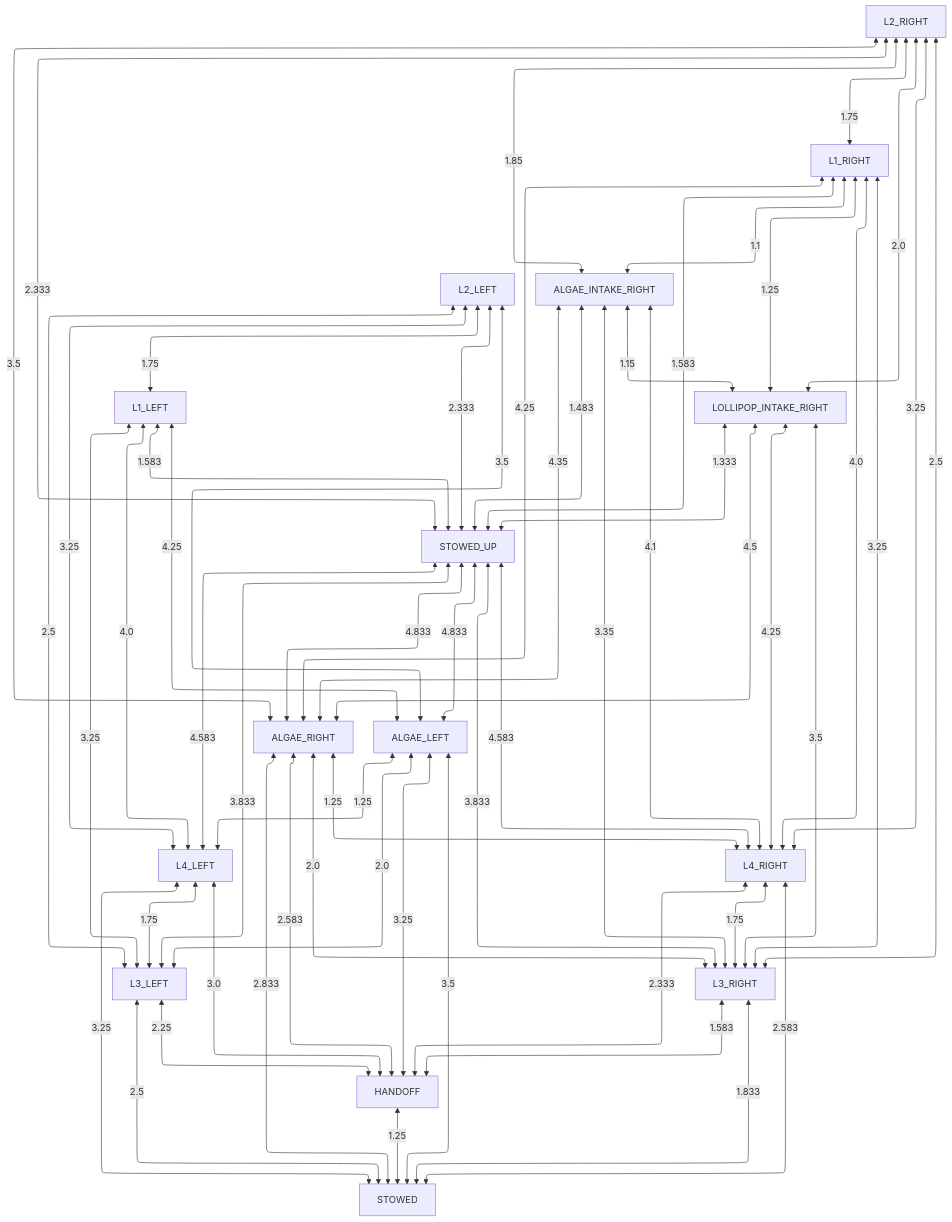
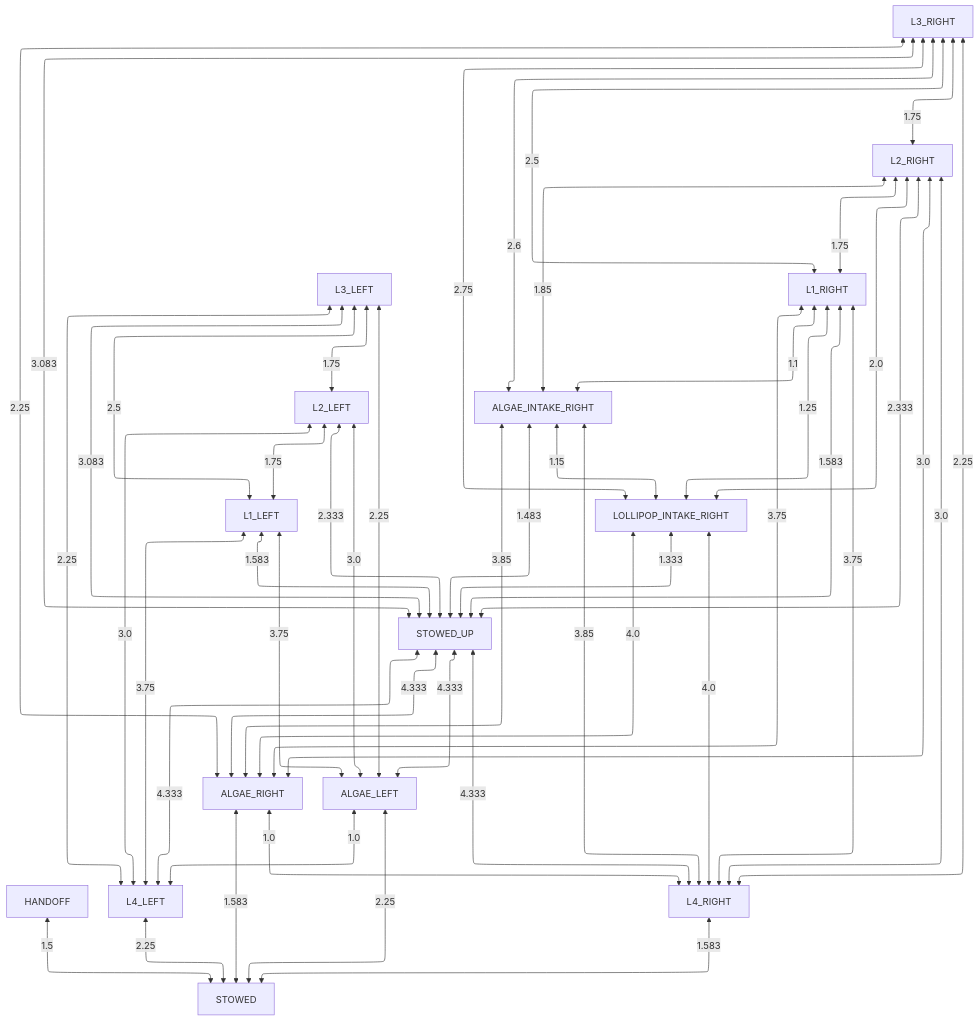
Before and after one commit to team581/offseason-2025-comp: the diagram in docs/collision_avoidance/no_obstruction.md, drawn with Mermaid. The commit also changed 2 other files, not shown here.

Commit message:
update collision graphs

````diff
--- a/docs/collision_avoidance/no_obstruction.md
+++ b/docs/collision_avoidance/no_obstruction.md
@@ -3,61 +3,53 @@
 ```mermaid
 %%{ init: { "flowchart": { "defaultRenderer": "elk" } } }%%
 graph TD
 
-HANDOFF <-- 1.25 --> STOWED
-L3_LEFT <-- 2.5 --> STOWED
-L3_RIGHT <-- 1.833 --> STOWED
-L4_LEFT <-- 3.25 --> STOWED
-L4_RIGHT <-- 2.583 --> STOWED
-ALGAE_RIGHT <-- 2.833 --> STOWED
-ALGAE_LEFT <-- 3.5 --> STOWED
-L3_LEFT <-- 2.25 --> HANDOFF
-L3_RIGHT <-- 1.583 --> HANDOFF
-L4_LEFT <-- 3.0 --> HANDOFF
-L4_RIGHT <-- 2.333 --> HANDOFF
-ALGAE_LEFT <-- 3.25 --> HANDOFF
-ALGAE_RIGHT <-- 2.583 --> HANDOFF
-STOWED_UP <-- 3.833 --> L3_LEFT
-L1_LEFT <-- 3.25 --> L3_LEFT
-L2_LEFT <-- 2.5 --> L3_LEFT
-L4_LEFT <-- 1.75 --> L3_LEFT
-ALGAE_LEFT <-- 2.0 --> L3_LEFT
-STOWED_UP <-- 3.833 --> L3_RIGHT
-ALGAE_INTAKE_RIGHT <-- 3.35 --> L3_RIGHT
-LOLLIPOP_INTAKE_RIGHT <-- 3.5 --> L3_RIGHT
-L1_RIGHT <-- 3.25 --> L3_RIGHT
-L2_RIGHT <-- 2.5 --> L3_RIGHT
-L4_RIGHT <-- 1.75 --> L3_RIGHT
-ALGAE_RIGHT <-- 2.0 --> L3_RIGHT
-STOWED_UP <-- 4.583 --> L4_LEFT
-L1_LEFT <-- 4.0 --> L4_LEFT
-L2_LEFT <-- 3.25 --> L4_LEFT
-ALGAE_LEFT <-- 1.25 --> L4_LEFT
-STOWED_UP <-- 4.583 --> L4_RIGHT
-ALGAE_INTAKE_RIGHT <-- 4.1 --> L4_RIGHT
-LOLLIPOP_INTAKE_RIGHT <-- 4.25 --> L4_RIGHT
-L1_RIGHT <-- 4.0 --> L4_RIGHT
-L2_RIGHT <-- 3.25 --> L4_RIGHT
-ALGAE_RIGHT <-- 1.25 --> L4_RIGHT
-STOWED_UP <-- 4.833 --> ALGAE_RIGHT
-ALGAE_INTAKE_RIGHT <-- 4.35 --> ALGAE_RIGHT
-LOLLIPOP_INTAKE_RIGHT <-- 4.5 --> ALGAE_RIGHT
-L1_RIGHT <-- 4.25 --> ALGAE_RIGHT
-L2_RIGHT <-- 3.5 --> ALGAE_RIGHT
-STOWED_UP <-- 4.833 --> ALGAE_LEFT
-L1_LEFT <-- 4.25 --> ALGAE_LEFT
-L2_LEFT <-- 3.5 --> ALGAE_LEFT
+HANDOFF <-- 1.5 --> STOWED
+L4_LEFT <-- 2.25 --> STOWED
+L4_RIGHT <-- 1.583 --> STOWED
+ALGAE_RIGHT <-- 1.583 --> STOWED
+ALGAE_LEFT <-- 2.25 --> STOWED
+STOWED_UP <-- 4.333 --> L4_LEFT
+L1_LEFT <-- 3.75 --> L4_LEFT
+L2_LEFT <-- 3.0 --> L4_LEFT
+L3_LEFT <-- 2.25 --> L4_LEFT
+ALGAE_LEFT <-- 1.0 --> L4_LEFT
+STOWED_UP <-- 4.333 --> L4_RIGHT
+ALGAE_INTAKE_RIGHT <-- 3.85 --> L4_RIGHT
+LOLLIPOP_INTAKE_RIGHT <-- 4.0 --> L4_RIGHT
+L1_RIGHT <-- 3.75 --> L4_RIGHT
+L2_RIGHT <-- 3.0 --> L4_RIGHT
+L3_RIGHT <-- 2.25 --> L4_RIGHT
+ALGAE_RIGHT <-- 1.0 --> L4_RIGHT
+STOWED_UP <-- 4.333 --> ALGAE_RIGHT
+ALGAE_INTAKE_RIGHT <-- 3.85 --> ALGAE_RIGHT
+LOLLIPOP_INTAKE_RIGHT <-- 4.0 --> ALGAE_RIGHT
+L1_RIGHT <-- 3.75 --> ALGAE_RIGHT
+L2_RIGHT <-- 3.0 --> ALGAE_RIGHT
+L3_RIGHT <-- 2.25 --> ALGAE_RIGHT
+STOWED_UP <-- 4.333 --> ALGAE_LEFT
+L1_LEFT <-- 3.75 --> ALGAE_LEFT
+L2_LEFT <-- 3.0 --> ALGAE_LEFT
+L3_LEFT <-- 2.25 --> ALGAE_LEFT
 LOLLIPOP_INTAKE_RIGHT <-- 1.333 --> STOWED_UP
 ALGAE_INTAKE_RIGHT <-- 1.483 --> STOWED_UP
 L1_LEFT <-- 1.583 --> STOWED_UP
 L2_LEFT <-- 2.333 --> STOWED_UP
+L3_LEFT <-- 3.083 --> STOWED_UP
 L1_RIGHT <-- 1.583 --> STOWED_UP
 L2_RIGHT <-- 2.333 --> STOWED_UP
+L3_RIGHT <-- 3.083 --> STOWED_UP
 ALGAE_INTAKE_RIGHT <-- 1.15 --> LOLLIPOP_INTAKE_RIGHT
 L1_RIGHT <-- 1.25 --> LOLLIPOP_INTAKE_RIGHT
 L2_RIGHT <-- 2.0 --> LOLLIPOP_INTAKE_RIGHT
+L3_RIGHT <-- 2.75 --> LOLLIPOP_INTAKE_RIGHT
 L1_RIGHT <-- 1.1 --> ALGAE_INTAKE_RIGHT
 L2_RIGHT <-- 1.85 --> ALGAE_INTAKE_RIGHT
+L3_RIGHT <-- 2.6 --> ALGAE_INTAKE_RIGHT
 L2_LEFT <-- 1.75 --> L1_LEFT
+L3_LEFT <-- 2.5 --> L1_LEFT
+L3_LEFT <-- 1.75 --> L2_LEFT
 L2_RIGHT <-- 1.75 --> L1_RIGHT
+L3_RIGHT <-- 2.5 --> L1_RIGHT
+L3_RIGHT <-- 1.75 --> L2_RIGHT
 ```
````
